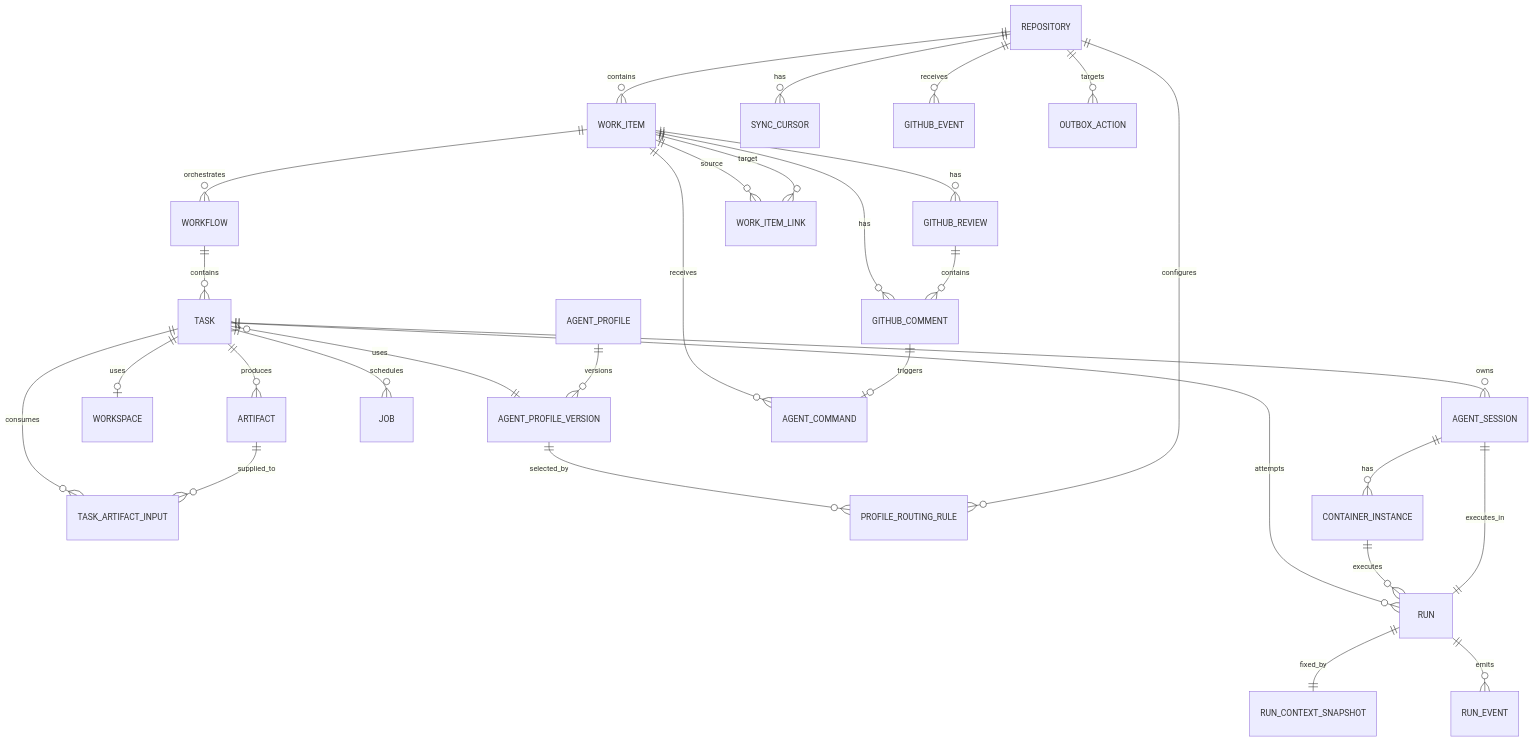
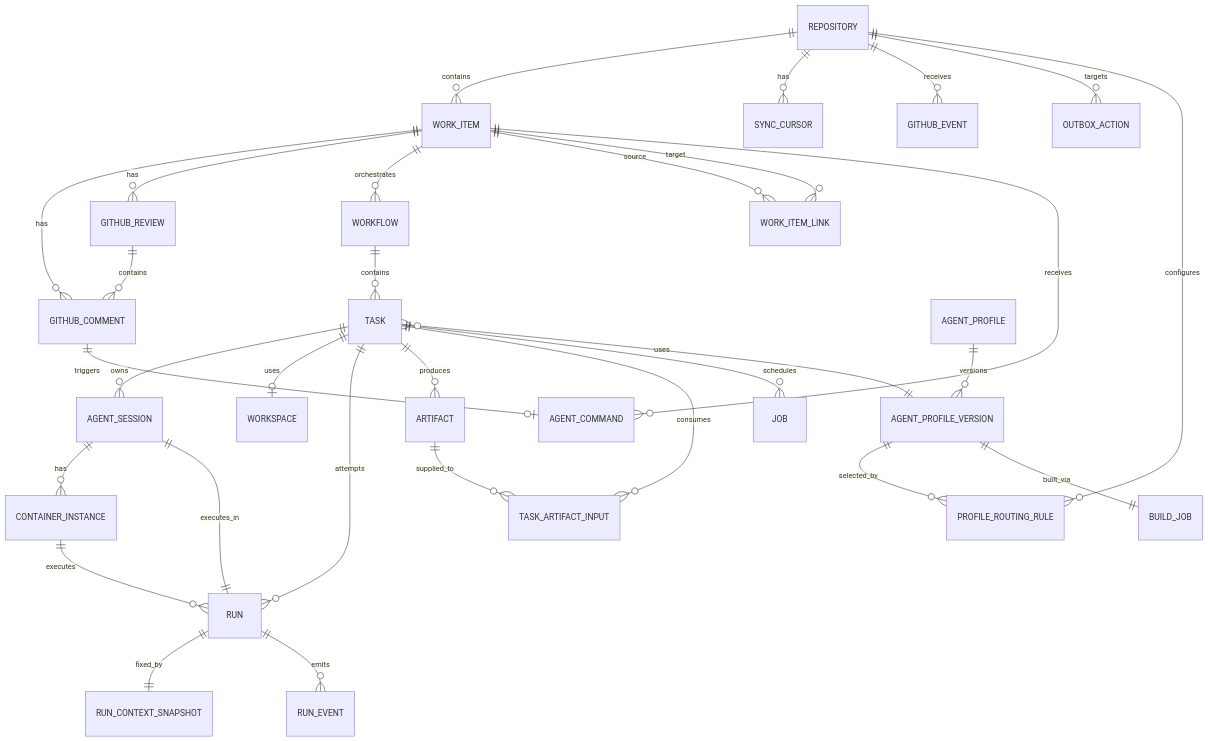
Before and after one commit to aliaksandrZh/ai-worker-01: the diagram in docs/pi-agent-architecture/02-data-model.md, drawn with Mermaid. The commit also changed other lines of this file and 7 other files, not shown here.

````diff
--- a/docs/pi-agent-architecture/02-data-model.md
+++ b/docs/pi-agent-architecture/02-data-model.md
@@ -7,32 +7,33 @@
 ```mermaid
 erDiagram
     REPOSITORY ||--o{ WORK_ITEM : contains
     REPOSITORY ||--o{ SYNC_CURSOR : has
     REPOSITORY ||--o{ GITHUB_EVENT : receives
     WORK_ITEM ||--o{ GITHUB_COMMENT : has
     WORK_ITEM ||--o{ GITHUB_REVIEW : has
     GITHUB_REVIEW ||--o{ GITHUB_COMMENT : contains
     WORK_ITEM ||--o{ WORKFLOW : orchestrates
     WORK_ITEM ||--o{ WORK_ITEM_LINK : source
     WORK_ITEM ||--o{ WORK_ITEM_LINK : target
     WORKFLOW ||--o{ TASK : contains
     TASK ||--o{ AGENT_SESSION : owns
     TASK ||--o| WORKSPACE : uses
     TASK ||--o{ RUN : attempts
     TASK ||--o{ ARTIFACT : produces
     TASK ||--o{ TASK_ARTIFACT_INPUT : consumes
     ARTIFACT ||--o{ TASK_ARTIFACT_INPUT : supplied_to
     TASK ||--o{ JOB : schedules
     TASK }o--|| AGENT_PROFILE_VERSION : uses
     AGENT_PROFILE_VERSION ||--o{ PROFILE_ROUTING_RULE : selected_by
     RUN ||--|| AGENT_SESSION : executes_in
     CONTAINER_INSTANCE ||--o{ RUN : executes
     AGENT_SESSION ||--o{ CONTAINER_INSTANCE : has
     RUN ||--|| RUN_CONTEXT_SNAPSHOT : fixed_by
     AGENT_PROFILE ||--o{ AGENT_PROFILE_VERSION : versions
+    AGENT_PROFILE_VERSION ||--|| BUILD_JOB : built_via
     WORK_ITEM ||--o{ AGENT_COMMAND : receives
     GITHUB_COMMENT ||--o| AGENT_COMMAND : triggers
     RUN ||--o{ RUN_EVENT : emits
     REPOSITORY ||--o{ OUTBOX_ACTION : targets
     REPOSITORY ||--o{ PROFILE_ROUTING_RULE : configures
 ```
````
